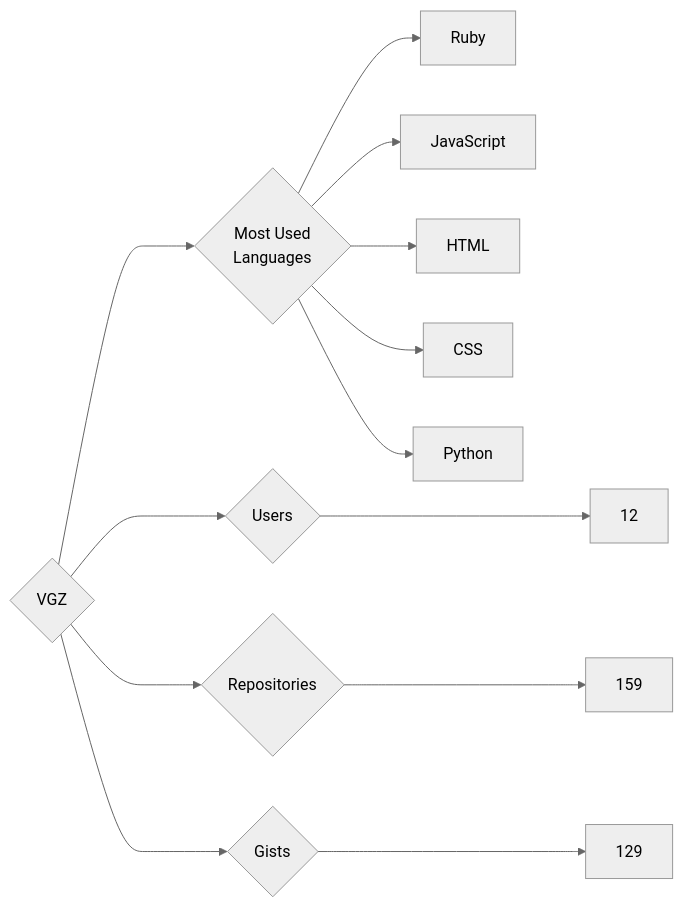
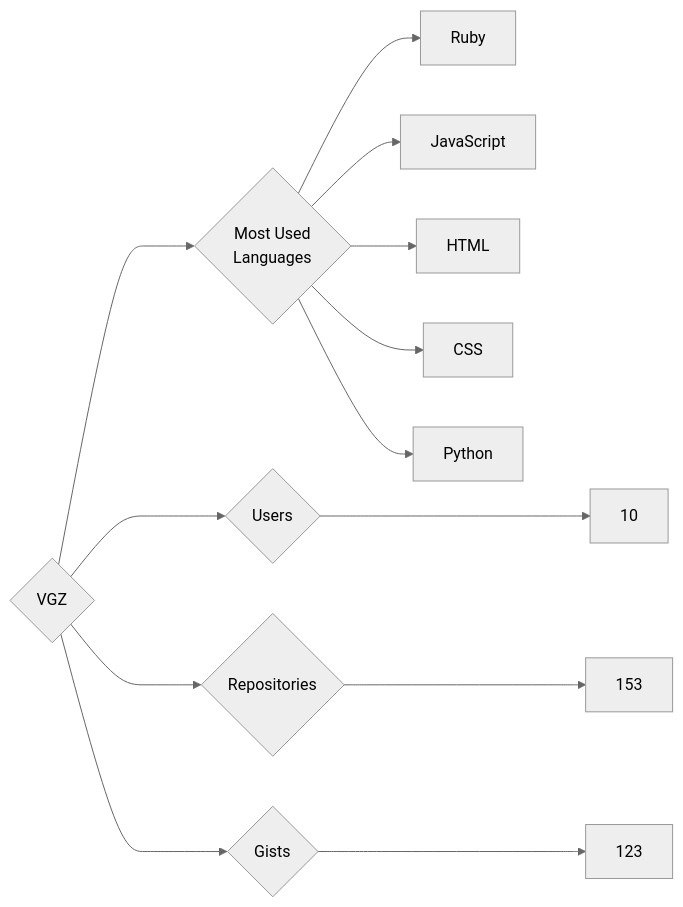
One commit to trickest/insiders changed the diagram in targets/VGZ/README.md. Above: the diagram before and after it, drawn with Mermaid (neutral theme). The commit also changed 964 other files, not shown here.

````diff
--- a/targets/VGZ/README.md
+++ b/targets/VGZ/README.md
@@ -3,13 +3,13 @@
 ```mermaid
 graph LR
 COMPANY_NAME{VGZ}
-COMPANY_NAME ---> U{Users} ---> UN[12]
-COMPANY_NAME ---> R{Repositories} ---> RN[159]
-COMPANY_NAME ---> G{Gists} ---> GN[129]
+COMPANY_NAME ---> U{Users} ---> UN[10]
+COMPANY_NAME ---> R{Repositories} ---> RN[153]
+COMPANY_NAME ---> G{Gists} ---> GN[123]
 COMPANY_NAME ---> ML{Most Used<br>Languages}
 ML --> Ruby[Ruby]
 ML --> JavaScript[JavaScript]
 ML --> HTML[HTML]
 ML --> CSS[CSS]
 ML --> Python[Python]
 ```
````
